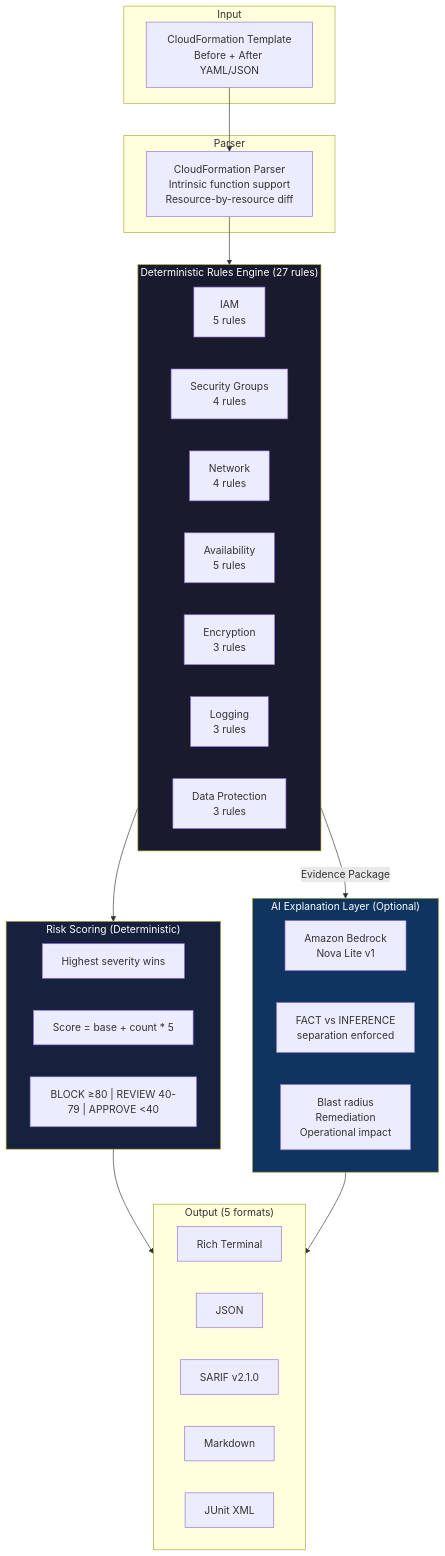
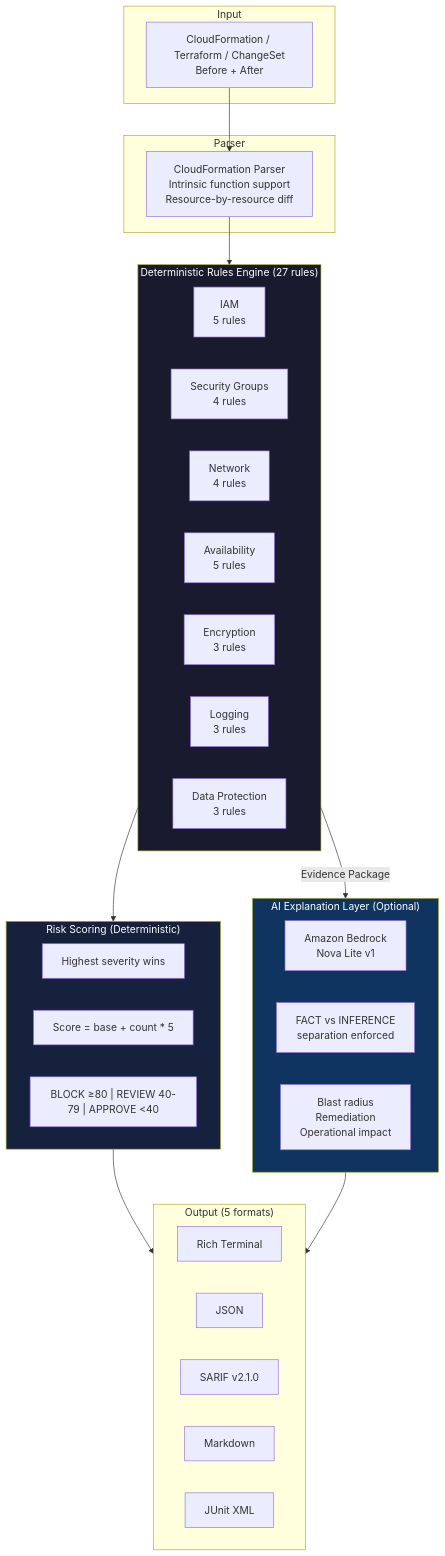
Before and after one commit to vellankikoti/production-change-risk-analyzer: the first of 8 diagrams in README.md, drawn with Mermaid. The commit also changed other lines of this file and 24 other files, not shown here.

````diff
--- a/README.md
+++ b/README.md
@@ -39,48 +42,48 @@
 ```mermaid
 flowchart TB
     subgraph Input
-        A[CloudFormation Template<br/>Before + After YAML/JSON]
+        A[CloudFormation / Terraform / ChangeSet<br/>Before + After]
     end
 
     subgraph Parser
         B[CloudFormation Parser<br/>Intrinsic function support<br/>Resource-by-resource diff]
     end
 
     subgraph Rules["Deterministic Rules Engine (27 rules)"]
         direction LR
         R1[IAM<br/>5 rules]
         R2[Security Groups<br/>4 rules]
         R3[Network<br/>4 rules]
         R4[Availability<br/>5 rules]
         R5[Encryption<br/>3 rules]
         R6[Logging<br/>3 rules]
         R7[Data Protection<br/>3 rules]
     end
 
     subgraph Scoring["Risk Scoring (Deterministic)"]
         S1[Highest severity wins]
         S2[Score = base + count * 5]
         S3["BLOCK ≥80 | REVIEW 40-79 | APPROVE <40"]
     end
 
     subgraph AI["AI Explanation Layer (Optional)"]
         AI1[Amazon Bedrock<br/>Nova Lite v1]
         AI2[FACT vs INFERENCE<br/>separation enforced]
         AI3[Blast radius<br/>Remediation<br/>Operational impact]
     end
 
     subgraph Output["Output (5 formats)"]
         O1[Rich Terminal]
         O2[JSON]
         O3[SARIF v2.1.0]
         O4[Markdown]
         O5[JUnit XML]
     end
 
     A --> B --> Rules --> Scoring --> Output
     Rules -->|Evidence Package| AI --> Output
 
     style Rules fill:#1a1a2e,color:#fff
     style Scoring fill:#16213e,color:#fff
     style AI fill:#0f3460,color:#fff
 ```
````
